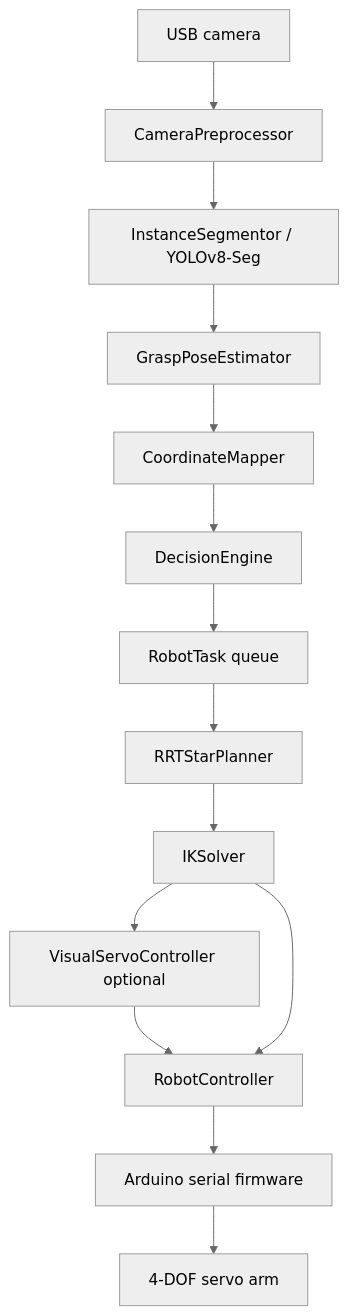
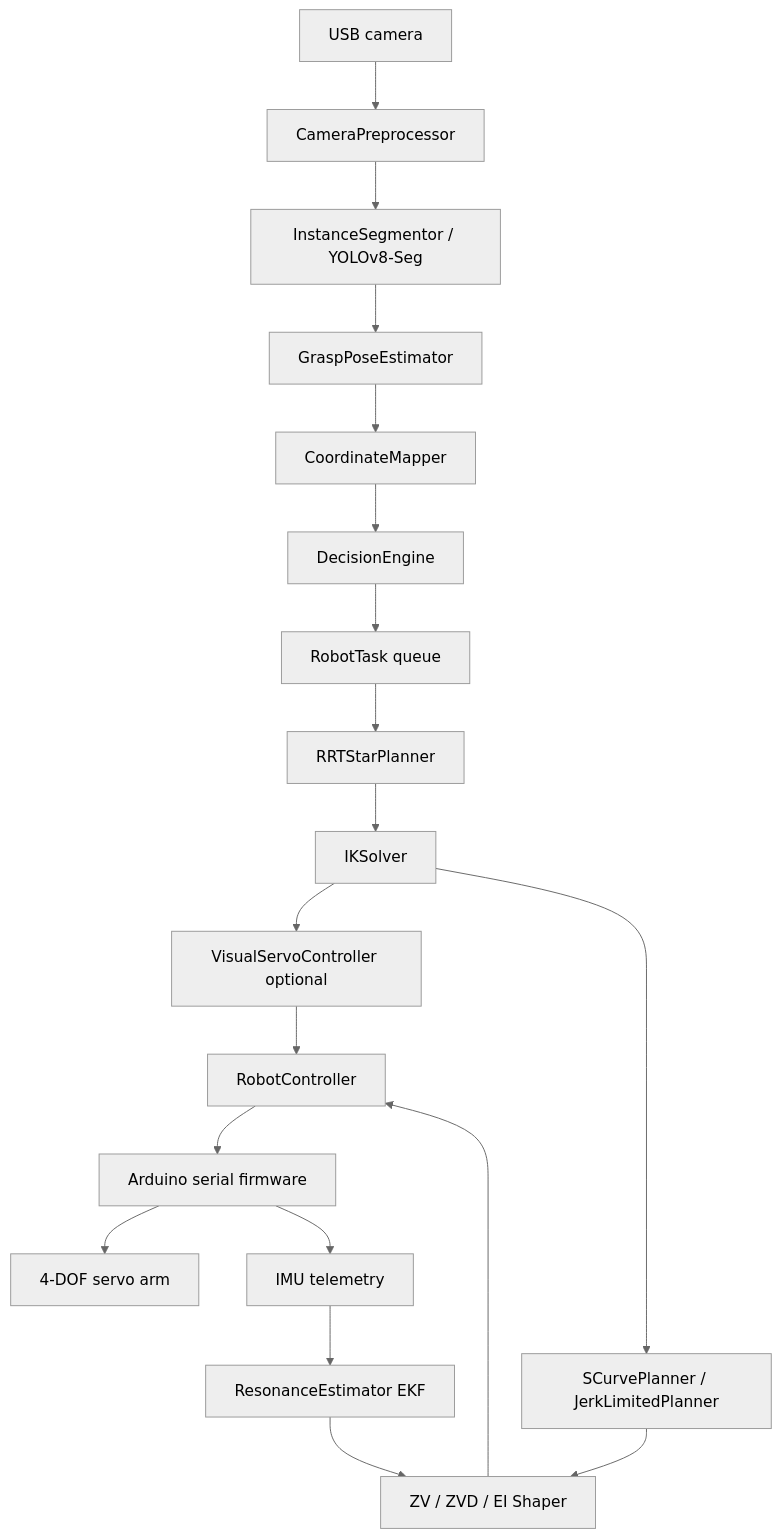
One commit to Punk1107/ai-vision-robotic-arm changed the diagram in README.md. Above: the diagram before and after it, drawn with Mermaid (neutral theme). The commit also changed other lines of this file and 3 other files, not shown here.

````diff
--- a/README.md
+++ b/README.md
@@ -39,16 +43,21 @@
 ```mermaid
 graph TD
     Camera[USB camera] --> Preprocess[CameraPreprocessor]
     Preprocess --> Segment[InstanceSegmentor / YOLOv8-Seg]
     Segment --> Pose[GraspPoseEstimator]
     Pose --> Mapper[CoordinateMapper]
     Mapper --> Decision[DecisionEngine]
     Decision --> Queue[RobotTask queue]
     Queue --> Planner[RRTStarPlanner]
     Planner --> IK[IKSolver]
     IK --> Servo[VisualServoController optional]
-    Servo --> Control[RobotController]
-    IK --> Control
+    IK --> TrajPlanner[SCurvePlanner / JerkLimitedPlanner]
+    TrajPlanner --> Shaper[ZV / ZVD / EI Shaper]
+    Shaper --> Control[RobotController]
+    Servo --> Control
     Control --> Arduino[Arduino serial firmware]
     Arduino --> Arm[4-DOF servo arm]
+    Arduino --> IMU[IMU telemetry]
+    IMU --> Estimator[ResonanceEstimator EKF]
+    Estimator --> Shaper
 ```
````
